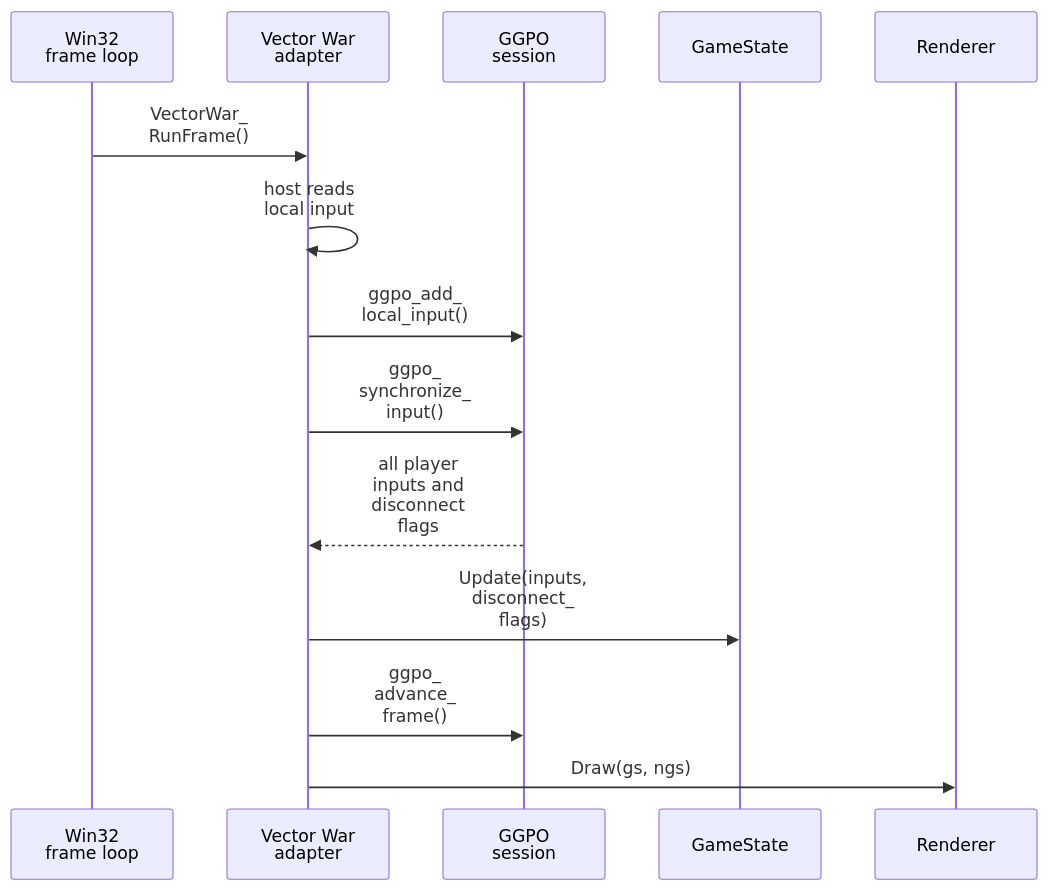
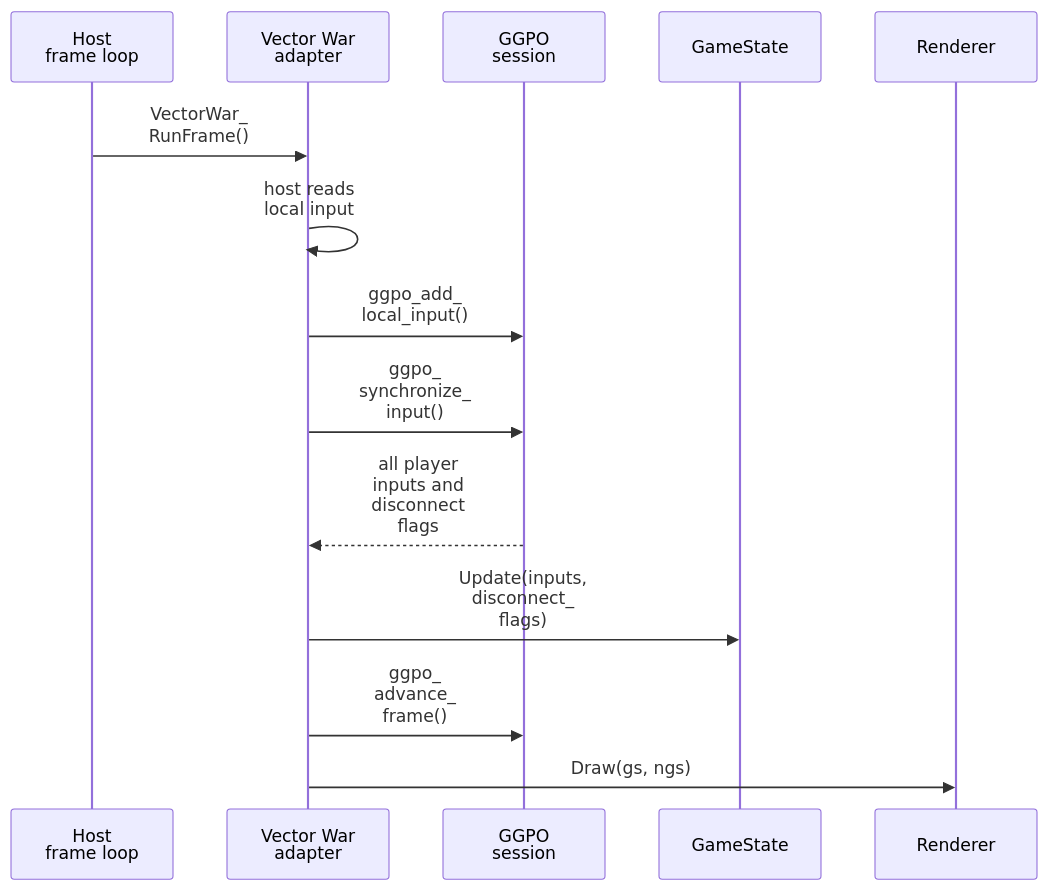
Before and after one commit to irregularthanis/ggpo-next: the fourth of 7 diagrams in doc/architecture/VectorWar.md, drawn with Mermaid. The commit also changed other lines of this file and 1 other file, not shown here.

````diff
--- a/doc/architecture/VectorWar.md
+++ b/doc/architecture/VectorWar.md
@@ -182,17 +199,17 @@
 ```mermaid
 sequenceDiagram
-    participant MainLoop as Win32<br/>frame loop
+    participant MainLoop as Host<br/>frame loop
     participant VW as Vector War<br/>adapter
     participant GGPO as GGPO<br/>session
     participant GS as GameState
     participant Draw as Renderer
 
     MainLoop->>VW: VectorWar_<br/>RunFrame()
     VW->>VW: host reads<br/>local input
     VW->>GGPO: ggpo_add_<br/>local_input()
     VW->>GGPO: ggpo_<br/>synchronize_<br/>input()
     GGPO-->>VW: all player<br/>inputs and<br/>disconnect<br/>flags
     VW->>GS: Update(inputs,<br/>disconnect_<br/>flags)
     VW->>GGPO: ggpo_<br/>advance_<br/>frame()
     VW->>Draw: Draw(gs, ngs)
 ```
````
